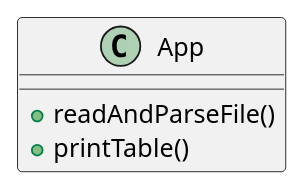
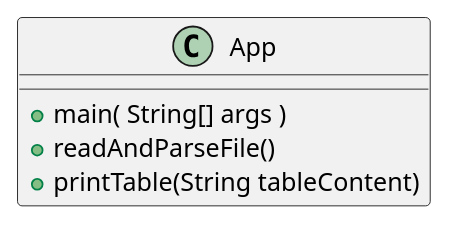
The diagram in docs/ex42.puml (Jsnoap/snoap-cop3330-assignment3), drawn with PlantUML before and after one commit. The commit also changed 7 other files, not shown here.

```diff
--- a/docs/ex42.puml
+++ b/docs/ex42.puml
@@ -1,10 +1,11 @@
 @startuml
 'https://plantuml.com/class-diagram
 
 class App
 {
++main( String[] args )
 +readAndParseFile()
-+printTable()
++printTable(String tableContent)
 }
 
 @enduml
```
